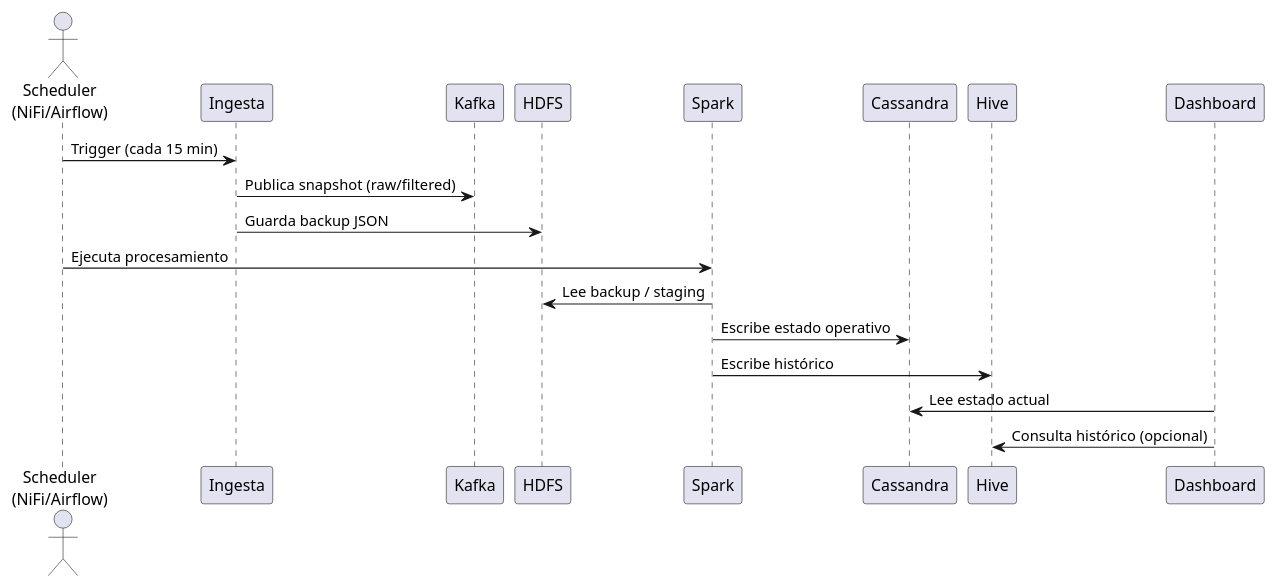
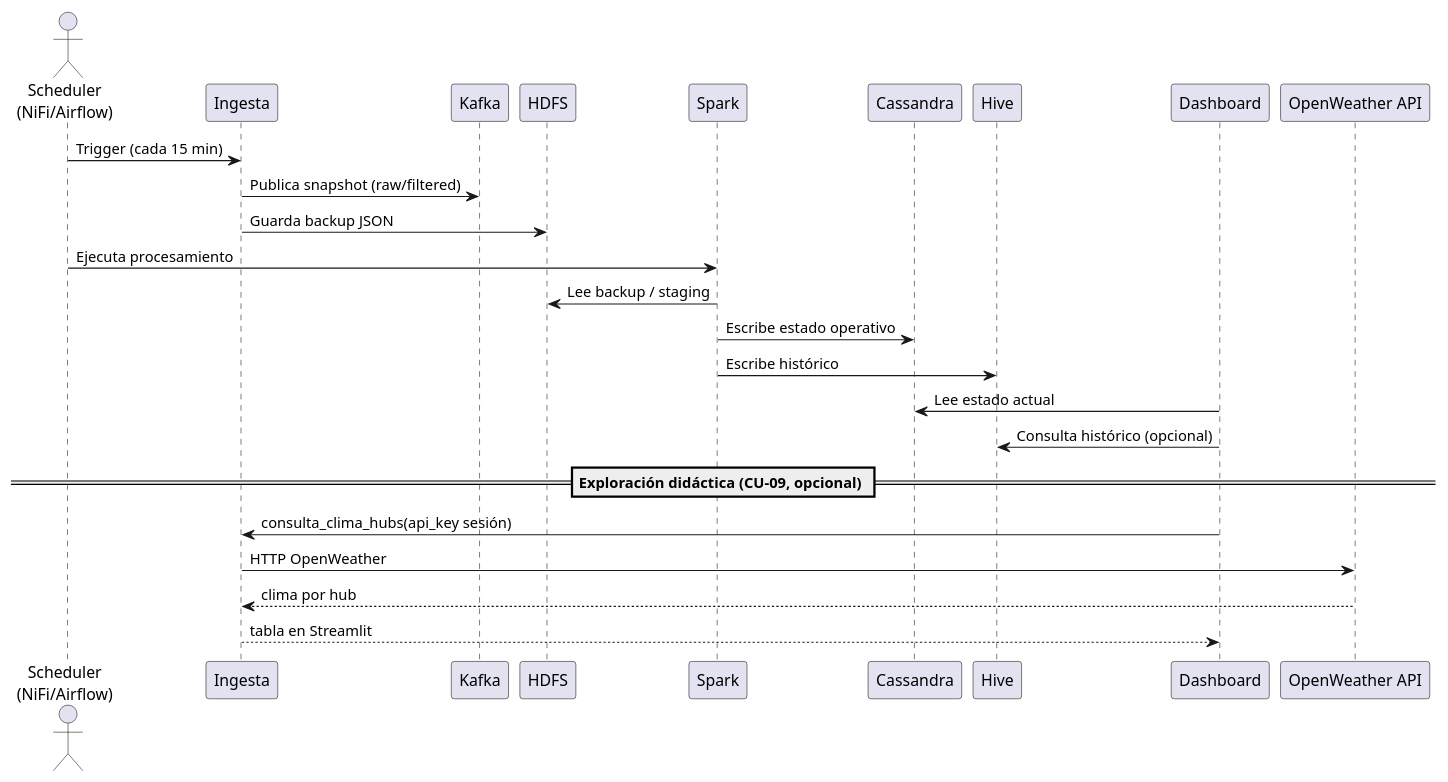
One commit to gracobjo/proyecto_transporte_global_standalone changed the diagram in docs/uml/secuencia_kdd_15min.puml. Above: the diagram before and after it, drawn with PlantUML. The commit also changed 17 other files, not shown here.

```diff
--- a/docs/uml/secuencia_kdd_15min.puml
+++ b/docs/uml/secuencia_kdd_15min.puml
@@ -1,21 +1,28 @@
 @startuml
 actor "Scheduler\n(NiFi/Airflow)" as SCH
 participant "Ingesta" as ING
 participant "Kafka" as K
 participant "HDFS" as H
 participant "Spark" as S
 participant "Cassandra" as C
 participant "Hive" as HV
 participant "Dashboard" as UI
+participant "OpenWeather API" as OWM
 
 SCH -> ING: Trigger (cada 15 min)
 ING -> K: Publica snapshot (raw/filtered)
 ING -> H: Guarda backup JSON
 SCH -> S: Ejecuta procesamiento
 S -> H: Lee backup / staging
 S -> C: Escribe estado operativo
 S -> HV: Escribe histórico
 UI -> C: Lee estado actual
 UI -> HV: Consulta histórico (opcional)
 
+== Exploración didáctica (CU-09, opcional) ==
+UI -> ING: consulta_clima_hubs(api_key sesión)
+ING -> OWM: HTTP OpenWeather
+OWM --> ING: clima por hub
+ING --> UI: tabla en Streamlit
+
 @enduml
```
